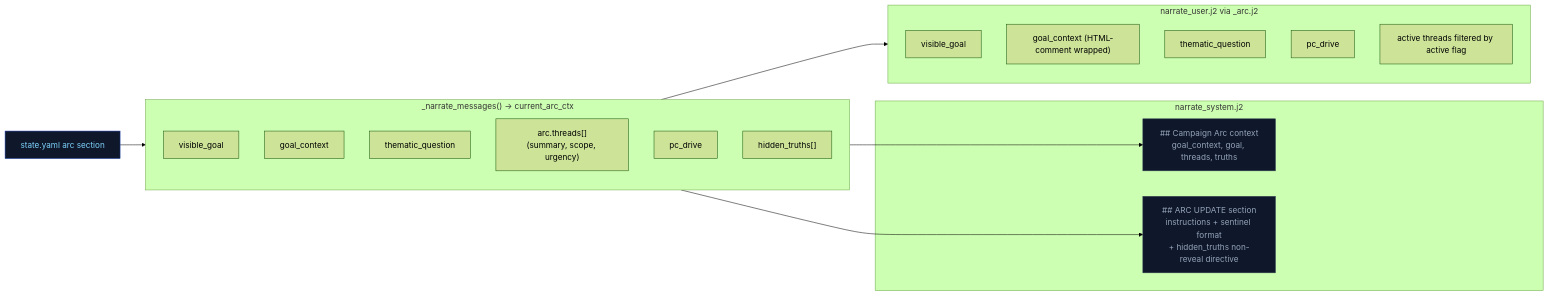
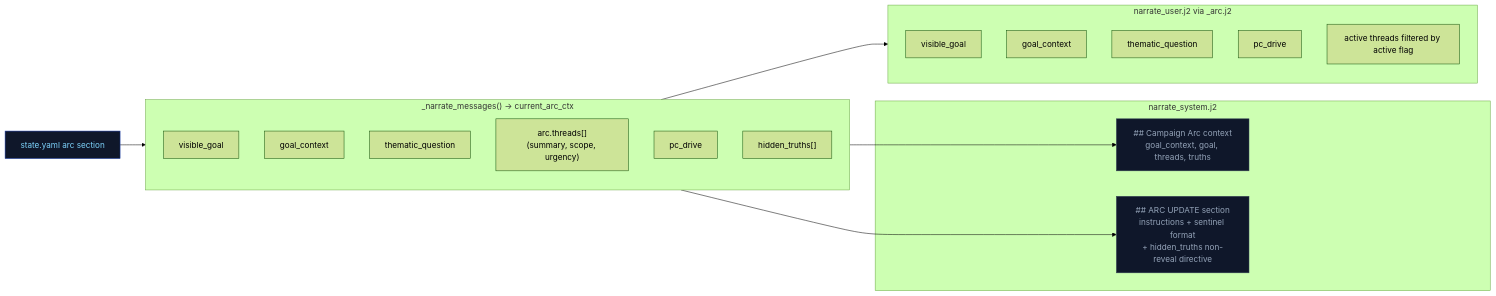
The third of 4 diagrams in docs/architecture/campaign-arcs.md (pww217/fablethread), drawn with Mermaid (forest theme) before and after one commit. The commit also changed other lines of this file, not shown here.

First line of the commit message:
campaign-arc-docs: update stale goal_context references after template cleanup

````diff
--- a/docs/architecture/campaign-arcs.md
+++ b/docs/architecture/campaign-arcs.md
@@ -139,33 +139,33 @@
 ```mermaid
 flowchart LR
     classDef stateNode fill:#0f172a,color:#7dd3fc,stroke:#1e40af
     classDef ctxNode fill:#3b0764,color:#e9d5ff,stroke:#7c3aed
     classDef llmNode fill:#0f172a,color:#94a3b8,stroke:#334155
 
     STATE["state.yaml arc section"]:::stateNode
 
     subgraph CONTEXT["_narrate_messages() → current_arc_ctx"]
         C1["visible_goal"]
         C2["goal_context"]
         C3["thematic_question"]
         C5["arc.threads[]<br>(summary, scope, urgency)"]
         C6["pc_drive"]
         C7["hidden_truths[]"]
     end
 
     subgraph PROMPT["narrate_system.j2"]
         P1["## Campaign Arc context<br>goal_context, goal, threads, truths"]:::llmNode
         P2["## ARC UPDATE section<br>instructions + sentinel format<br>+ hidden_truths non-reveal directive"]:::llmNode
     end
 
     subgraph USER_PROMPT["narrate_user.j2 via _arc.j2"]
         U1["visible_goal"]
-        U2["goal_context (HTML-comment wrapped)"]
+        U2["goal_context"]
         U3["thematic_question"]
         U4["pc_drive"]
         U5["active threads filtered by active flag"]
     end
 
     STATE --> CONTEXT
     CONTEXT --> P1 & P2 & USER_PROMPT
 ```
````
